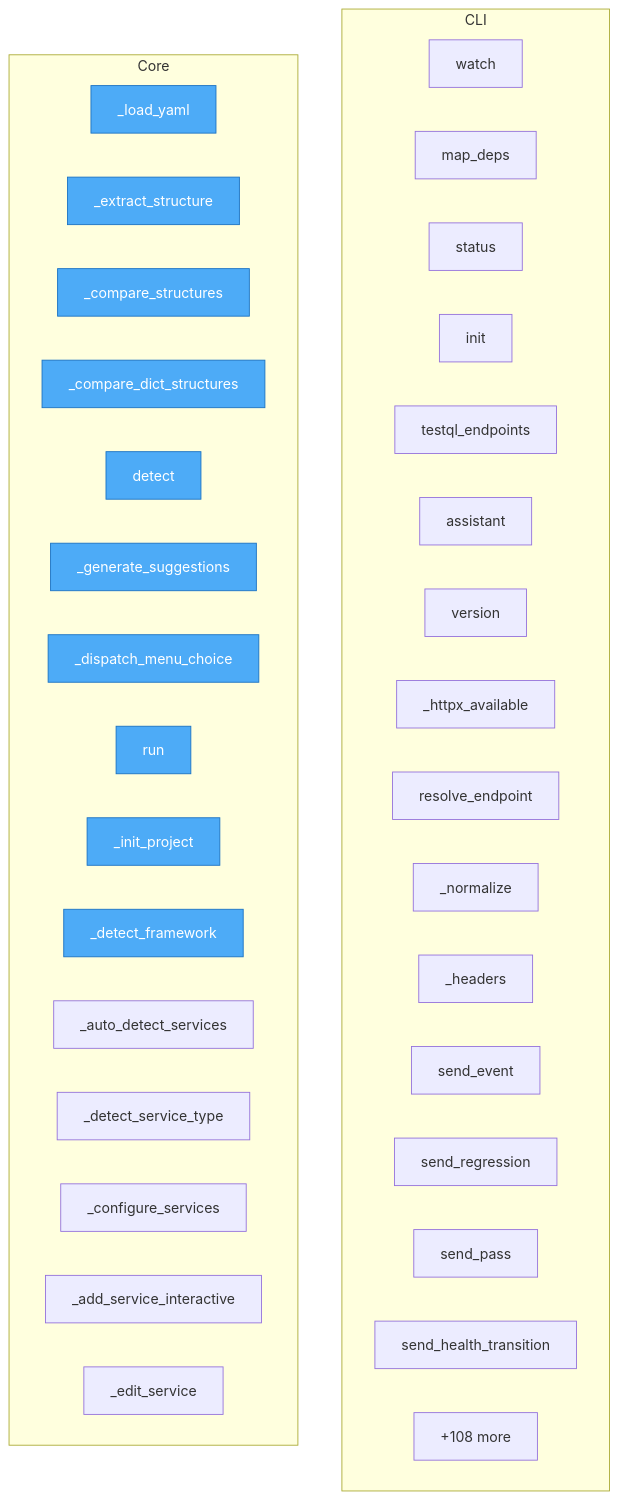
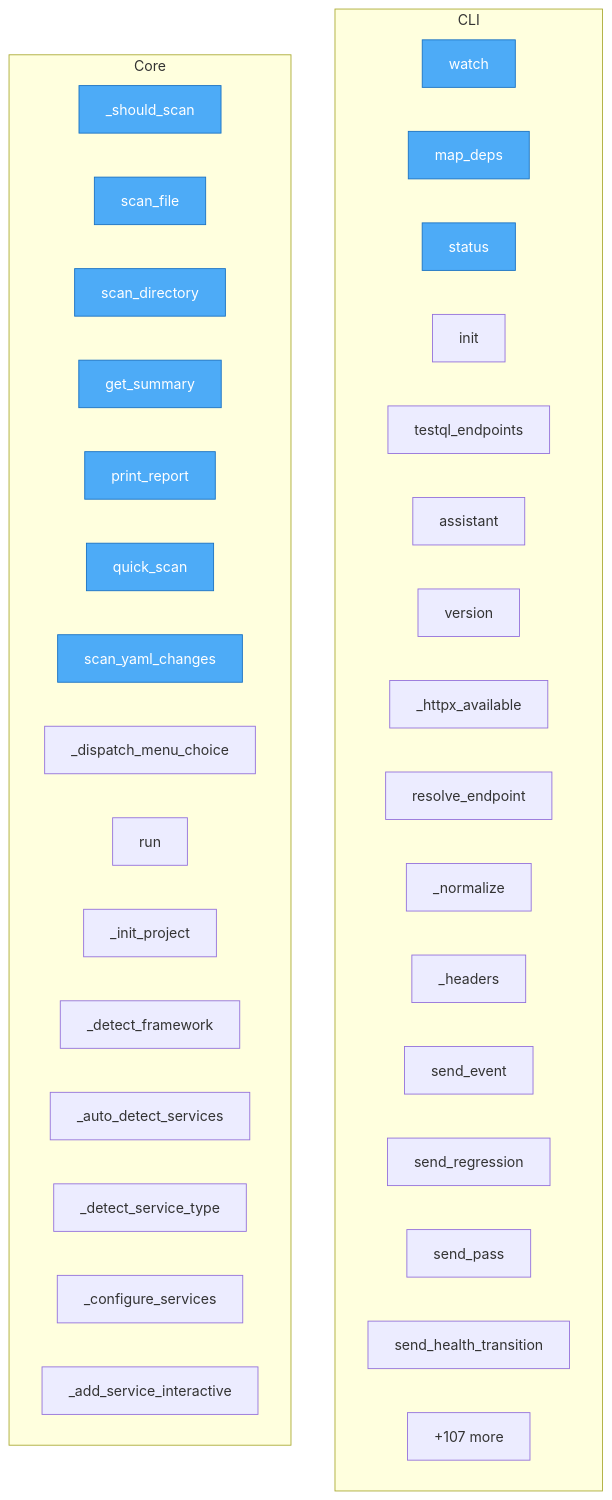
Before and after one commit to semcod/wup: the diagram in project/flow.mmd, drawn with Mermaid. The commit also changed 28 other files, not shown here.

```diff
--- a/project/flow.mmd
+++ b/project/flow.mmd
@@ -1,45 +1,45 @@
 flowchart TD
-%% generated in 0.01s
+%% generated in 0.00s
 
     %% Entry points (blue)
     classDef entry fill:#4dabf7,stroke:#1971c2,color:#fff
 
     subgraph CLI
         wup__cli__watch["watch"]
         wup__cli__map_deps["map_deps"]
         wup__cli__status["status"]
         wup__cli__init["init"]
         wup__cli__testql_endpoints["testql_endpoints"]
         wup__cli__assistant["assistant"]
         wup__cli__version["version"]
         wup__web_client___httpx_available["_httpx_available"]
         wup__web_client__resolve_endpoint["resolve_endpoint"]
         wup__web_client___normalize["_normalize"]
         wup__web_client__WebClient___headers["_headers"]
         wup__web_client__WebClient__send_event["send_event"]
         wup__web_client__WebClient__send_regression["send_regression"]
         wup__web_client__WebClient__send_pass["send_pass"]
         wup__web_client__WebClient__send_health_transition["send_health_transition"]
         ...["+1 more"]
     end
 
     subgraph Core
-        wup___yaml_detector__YAMLStructureDetector___load_yaml["_load_yaml"]
-        wup___yaml_detector__YAMLStructureDetector___extract_structure["_extract_structure"]
-        wup___yaml_detector__YAMLStructureDetector___compare_structures["_compare_structures"]
-        wup___yaml_detector__YAMLStructureDetector___compare_dict_structures["_compare_dict_structures"]
-        wup___yaml_detector__YAMLStructureDetector__detect["detect"]
-        wup___yaml_detector__YAMLStructureDetector___generate_suggestions["_generate_suggestions"]
+        wup__anomaly_detector__AnomalyDetector___should_scan["_should_scan"]
+        wup__anomaly_detector__AnomalyDetector__scan_file["scan_file"]
+        wup__anomaly_detector__AnomalyDetector__scan_directory["scan_directory"]
+        wup__anomaly_detector__AnomalyDetector__get_summary["get_summary"]
+        wup__anomaly_detector__AnomalyDetector__print_report["print_report"]
+        wup__anomaly_detector__quick_scan["quick_scan"]
+        wup__anomaly_detector__scan_yaml_changes["scan_yaml_changes"]
         wup__assistant__WupAssistant___dispatch_menu_choice["_dispatch_menu_choice"]
         wup__assistant__WupAssistant__run["run"]
         wup__assistant__WupAssistant___init_project["_init_project"]
         wup__assistant__WupAssistant___detect_framework["_detect_framework"]
         wup__assistant__WupAssistant___auto_detect_services["_auto_detect_services"]
         wup__assistant__WupAssistant___detect_service_type["_detect_service_type"]
         wup__assistant__WupAssistant___configure_services["_configure_services"]
         wup__assistant__WupAssistant___add_service_interactive["_add_service_interactive"]
-        wup__assistant__WupAssistant___edit_service["_edit_service"]
-        ...["+108 more"]
+        ...["+107 more"]
     end
 
-    class wup___yaml_detector__YAMLStructureDetector___load_yaml,wup___yaml_detector__YAMLStructureDetector___extract_structure,wup___yaml_detector__YAMLStructureDetector___compare_structures,wup___yaml_detector__YAMLStructureDetector___compare_dict_structures,wup___yaml_detector__YAMLStructureDetector__detect,wup___yaml_detector__YAMLStructureDetector___generate_suggestions,wup__assistant__WupAssistant___dispatch_menu_choice,wup__assistant__WupAssistant__run,wup__assistant__WupAssistant___init_project,wup__assistant__WupAssistant___detect_framework entry
+    class wup__anomaly_detector__AnomalyDetector___should_scan,wup__anomaly_detector__AnomalyDetector__scan_file,wup__anomaly_detector__AnomalyDetector__scan_directory,wup__anomaly_detector__AnomalyDetector__get_summary,wup__anomaly_detector__AnomalyDetector__print_report,wup__anomaly_detector__quick_scan,wup__anomaly_detector__scan_yaml_changes,wup__cli__watch,wup__cli__map_deps,wup__cli__status entry
```
